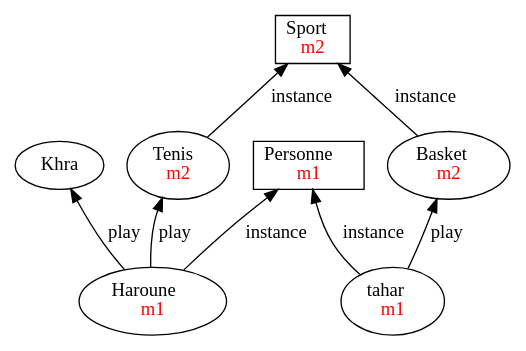
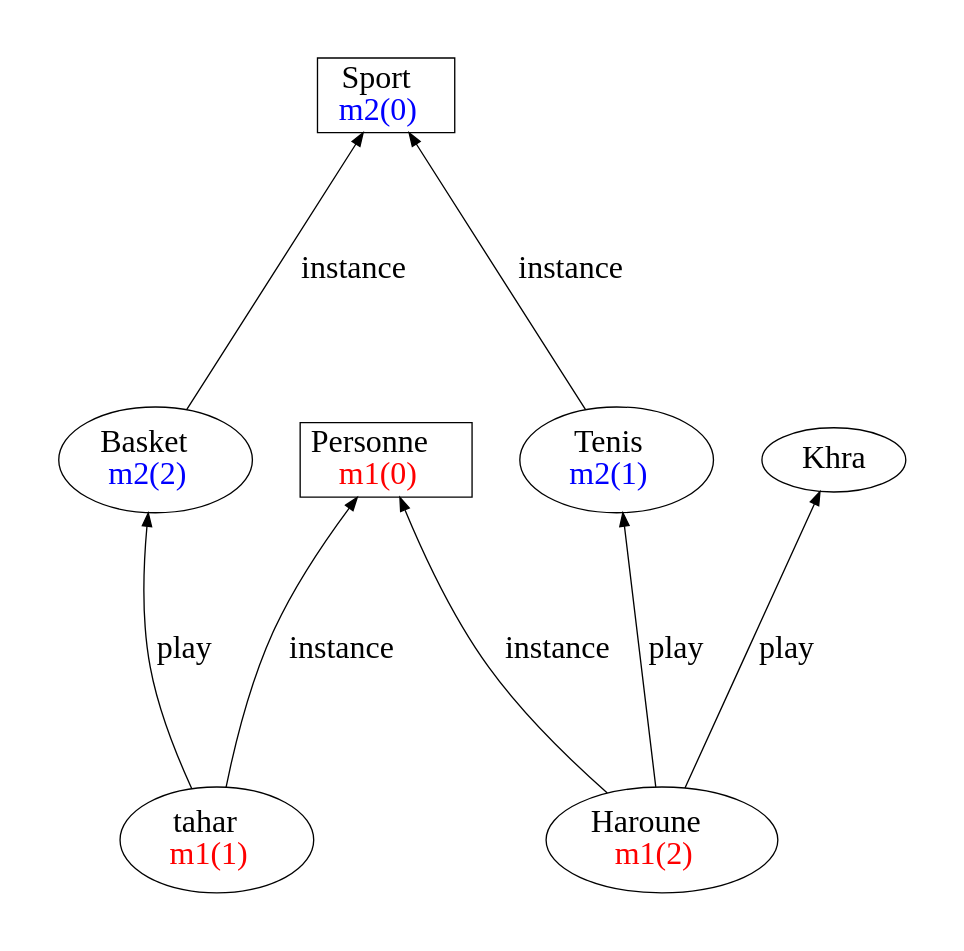
The diagram in net.dot (mohammedi-haroune/logic-dsl), drawn with Graphviz before and after one commit. The commit also changed 3 other files, not shown here.

Commit message:
add marker colors, change graph layout

```diff
--- a/net.dot
+++ b/net.dot
@@ -1,18 +1,24 @@
 
 digraph {
 rankdir=BT
-Tenis[label=<Tenis<br /> <font font-size='12' color='red'>m2</font>>];
-Haroune[label=<Haroune<br /> <font font-size='12' color='red'>m1</font>>];
-Personne[label=<Personne<br /> <font font-size='12' color='red'>m1</font>> shape=rectangle];
-Sport[label=<Sport<br /> <font font-size='12' color='red'>m2</font>> shape=rectangle];
+graph [fontsize=24 pad="0.5", nodesep="1", ranksep="2"]
+splines=true; esep=1;
+edge [fontsize=24]
+node [fontsize=24]
+ranksep = 2.5
+nodesep = .50
+Tenis[label=<Tenis<br /> <font color='blue'> m2(1)</font>>];
+tahar[label=<tahar<br /> <font color='red'> m1(1)</font>>];
 Khra[];
-Basket[label=<Basket<br /> <font font-size='12' color='red'>m2</font>>];
-tahar[label=<tahar<br /> <font font-size='12' color='red'>m1</font>>]
+Haroune[label=<Haroune<br /> <font color='red'> m1(2)</font>>];
+Basket[label=<Basket<br /> <font color='blue'> m2(2)</font>>];
+Sport[label=<Sport<br /> <font color='blue'> m2(0)</font>> shape=rectangle];
+Personne[label=<Personne<br /> <font color='red'> m1(0)</font>> shape=rectangle]
 tahar -> Personne [label=instance];
 tahar -> Basket [label=play];
 Haroune -> Khra [label=play];
 Haroune -> Tenis [label=play];
 Basket -> Sport [label=instance];
 Haroune -> Personne [label=instance];
 Tenis -> Sport [label=instance]
 }
```
